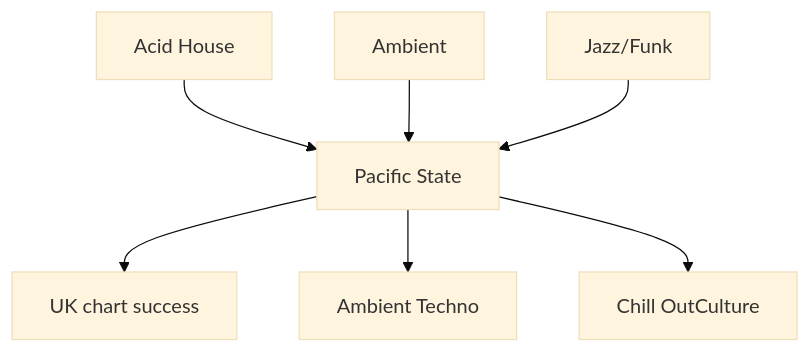
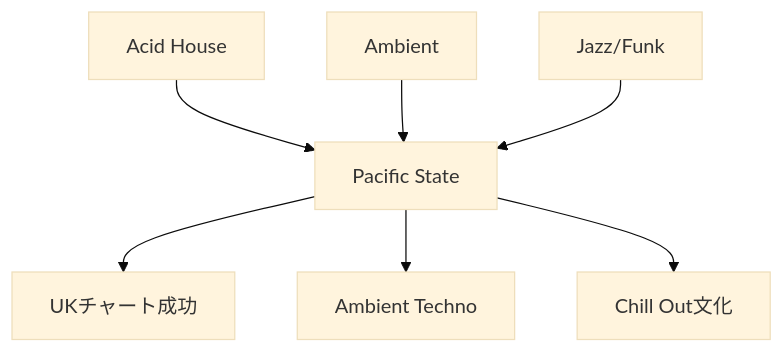
Before and after one commit to monumental-movement/monumental-movement.github.io: the fifth of 17 diagrams in en/_posts/2026-05-24-column-808-state.md, drawn with Mermaid (base theme). The commit also changed other lines of this file and 2196 other files, not shown here.

```diff
--- a/en/_posts/2026-05-24-column-808-state.md
+++ b/en/_posts/2026-05-24-column-808-state.md
@@ -204,9 +203,9 @@
 <div class="mermaid">
 flowchart TD
 A[Acid House] --> D[Pacific State]
 B[Ambient] --> D
 C[Jazz/Funk] --> D
-D --> E[UK chart success]
+D --> E[UKチャート成功]
 D --> F[Ambient Techno]
-D --> G[Chill OutCulture]
+D --> G[Chill Out文化]
 </div>
```
